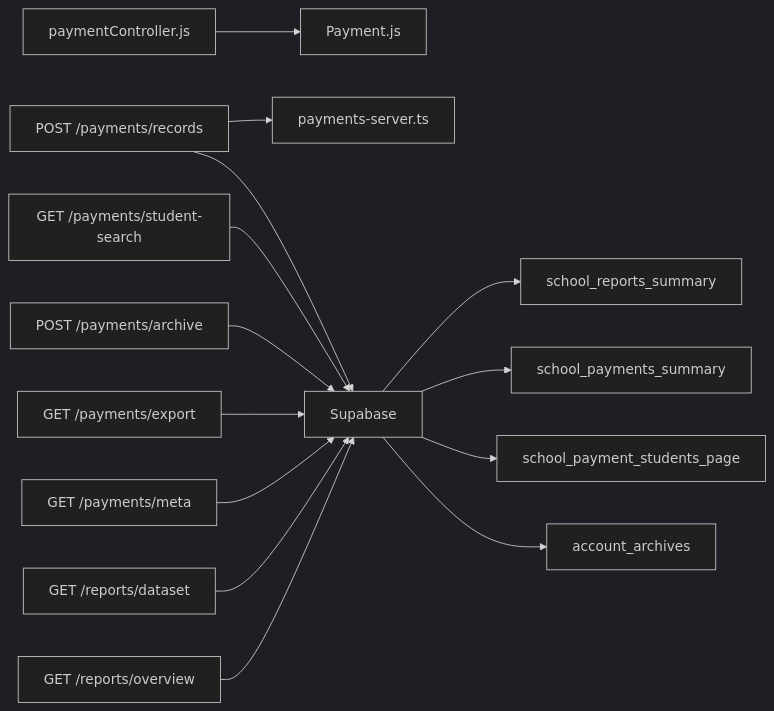
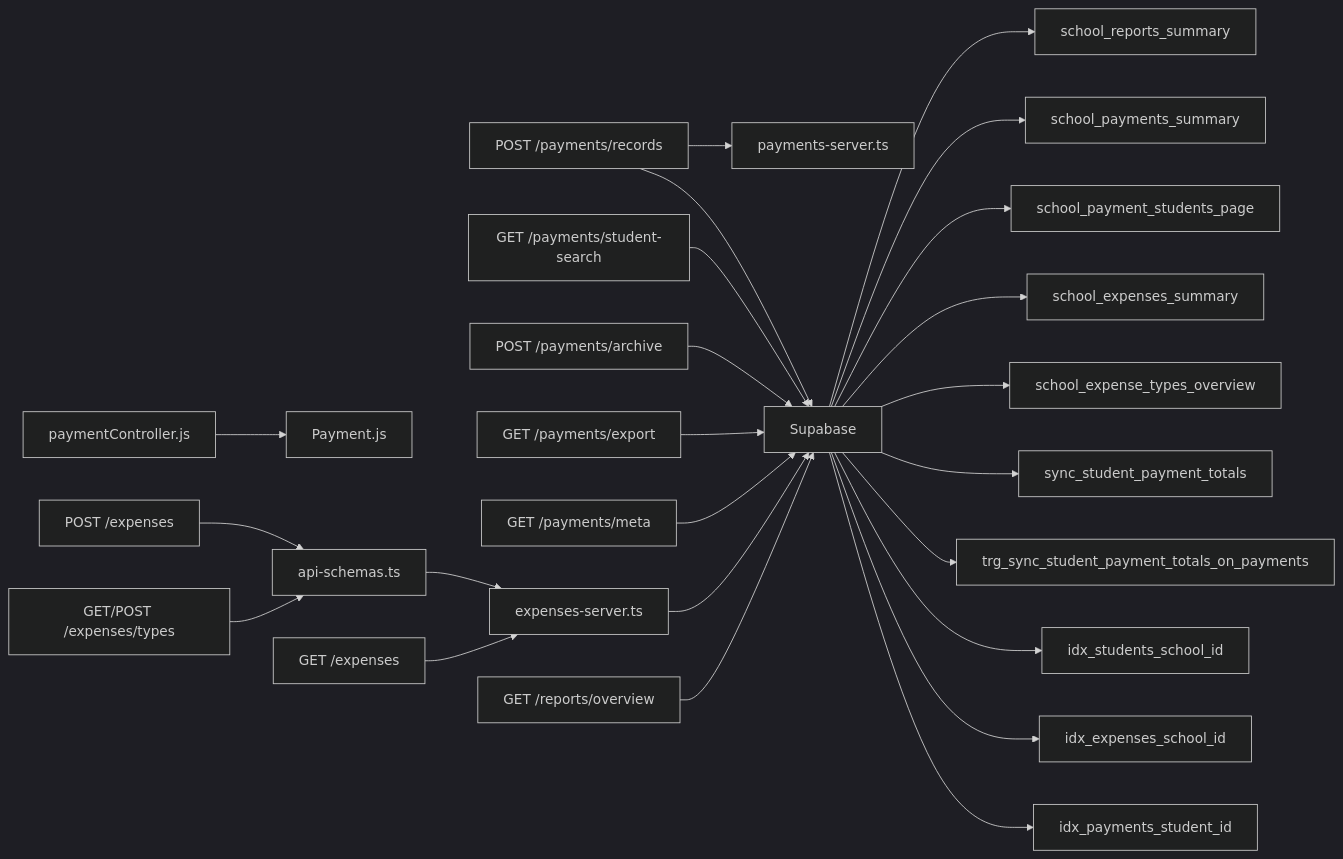
The seventh of 7 diagrams in .qoder/repowiki/en/content/API Reference/Financial Operations API.md (mustafaalkusaj/appschoolmustafa2002), drawn with Mermaid (dark theme) before and after one commit. The commit also changed other lines of this file and 32884 other files, not shown here.

````diff
--- a/.qoder/repowiki/en/content/API Reference/Financial Operations API.md
+++ b/.qoder/repowiki/en/content/API Reference/Financial Operations API.md
@@ -356,16 +512,26 @@
 ```mermaid
 graph LR
 Ctrl["paymentController.js"] --> Model["Payment.js"]
 Rec["POST /payments/records"] --> Util["payments-server.ts"]
 Rec --> DB["Supabase"]
 Search["GET /payments/student-search"] --> DB
 Arch["POST /payments/archive"] --> DB
 Export["GET /payments/export"] --> DB
 Meta["GET /payments/meta"] --> DB
-RepDS["GET /reports/dataset"] --> DB
-RepOV["GET /reports/overview"] --> DB
+ExpServer["expenses-server.ts"] --> DB
+ExpSchemas["api-schemas.ts"] --> ExpServer
+ExpList["GET /expenses"] --> ExpServer
+ExpCreate["POST /expenses"] --> ExpSchemas
+ExpTypes["GET/POST /expenses/types"] --> ExpSchemas
+ExpReport["GET /reports/overview"] --> DB
 DB --> FuncRS["school_reports_summary"]
 DB --> FuncPS["school_payments_summary"]
 DB --> FuncPSP["school_payment_students_page"]
-DB --> ArchTbl["account_archives"]
+DB --> FuncES["school_expenses_summary"]
+DB --> FuncETO["school_expense_types_overview"]
+DB --> Trig1["sync_student_payment_totals"]
+DB --> Trig2["trg_sync_student_payment_totals_on_payments"]
+DB --> Idx1["idx_students_school_id"]
+DB --> Idx2["idx_expenses_school_id"]
+DB --> Idx3["idx_payments_student_id"]
 ```
````
